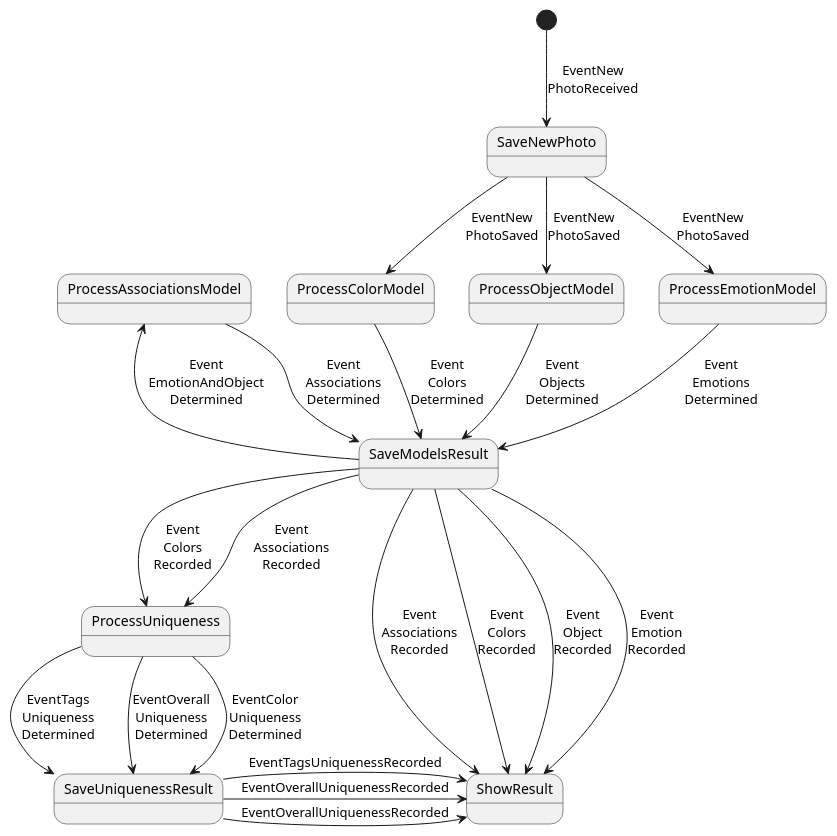
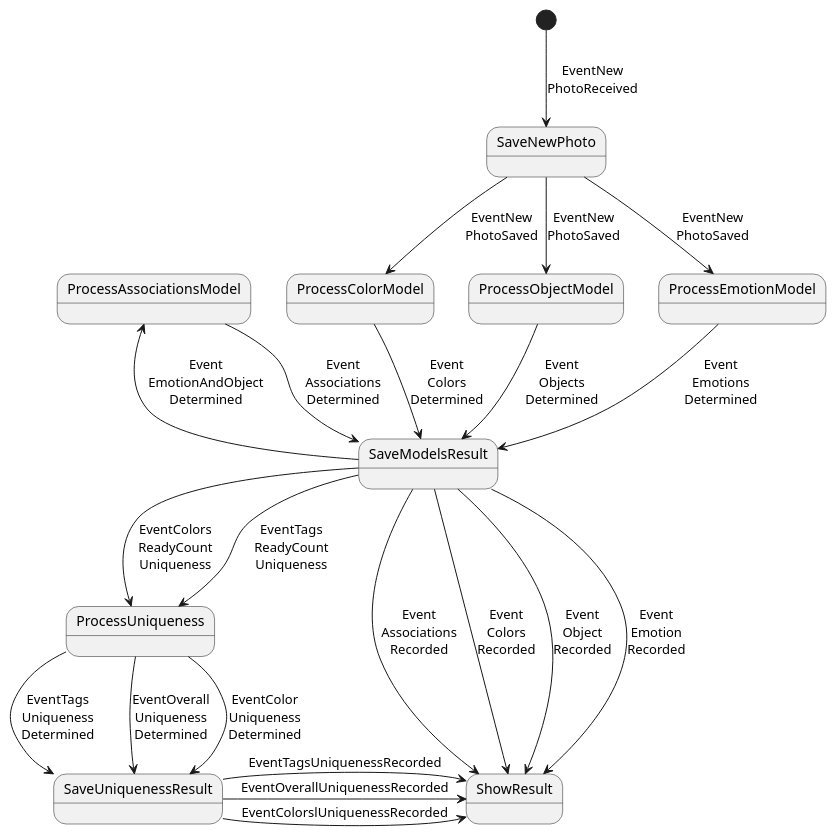
One commit to TourmalineCore/picachu-documentation changed the diagram in system_send_event_diagram.puml. Above: the diagram before and after it, drawn with PlantUML. The commit also changed 2 other files, not shown here.

Commit message:
feat(doc): #85zrxapwf: add queue for ready features to count uniqueness

```diff
--- a/system_send_event_diagram.puml
+++ b/system_send_event_diagram.puml
@@ -1,31 +1,31 @@
 @startuml
 [*] --> SaveNewPhoto : EventNew\nPhotoReceived
 SaveNewPhoto --> ProcessColorModel: EventNew\nPhotoSaved
 SaveNewPhoto --> ProcessObjectModel : EventNew\nPhotoSaved
 SaveNewPhoto --> ProcessEmotionModel : EventNew\nPhotoSaved
 
 ProcessColorModel --> SaveModelsResult : Event\nColors\nDetermined
 ProcessObjectModel --> SaveModelsResult : Event\nObjects\nDetermined
 ProcessEmotionModel --> SaveModelsResult : Event\nEmotions\nDetermined
 
 SaveModelsResult --> ProcessAssociationsModel : Event\nEmotionAndObject\nDetermined
-SaveModelsResult --> ProcessUniqueness : Event\nColors\nRecorded
-SaveModelsResult --> ProcessUniqueness : Event\nAssociations\nRecorded
+SaveModelsResult --> ProcessUniqueness : EventColors\nReadyСount\nUniqueness
+SaveModelsResult --> ProcessUniqueness : EventTags\nReadyСount\nUniqueness
 
 
 ProcessAssociationsModel -right-> SaveModelsResult : Event\nAssociations\nDetermined
 
 ProcessUniqueness --> SaveUniquenessResult : EventColor\nUniqueness\nDetermined
 ProcessUniqueness --> SaveUniquenessResult : EventTags\nUniqueness\nDetermined
 ProcessUniqueness --> SaveUniquenessResult : EventOverall\nUniqueness\nDetermined
 
 SaveModelsResult -down-> ShowResult : Event\nColors\nRecorded
 SaveModelsResult -down-> ShowResult : Event\nObject\nRecorded
 SaveModelsResult -down-> ShowResult : Event\nEmotion\nRecorded
 SaveModelsResult -down-> ShowResult : Event\nAssociations\nRecorded
-SaveUniquenessResult -right-> ShowResult : EventOverallUniquenessRecorded
+SaveUniquenessResult -right-> ShowResult : EventColorslUniquenessRecorded
 SaveUniquenessResult -right-> ShowResult : EventTagsUniquenessRecorded
 SaveUniquenessResult -right-> ShowResult : EventOverallUniquenessRecorded
 
 
 @enduml
```
